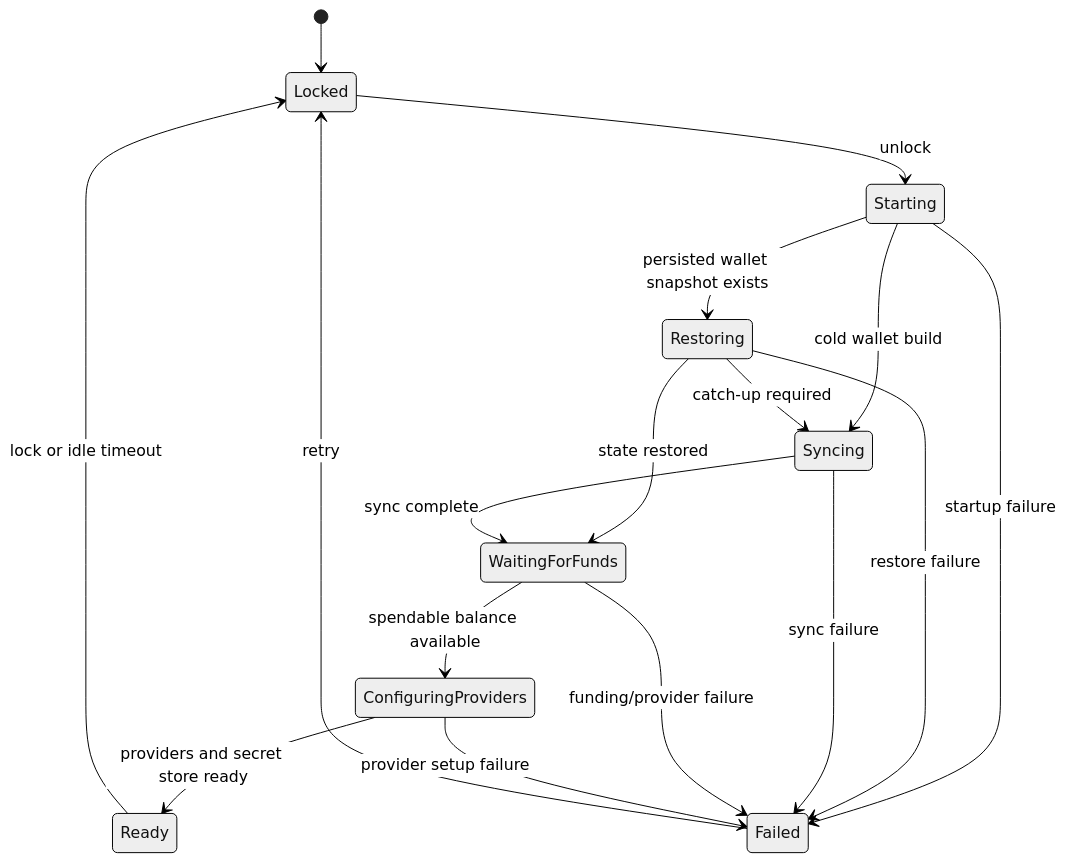
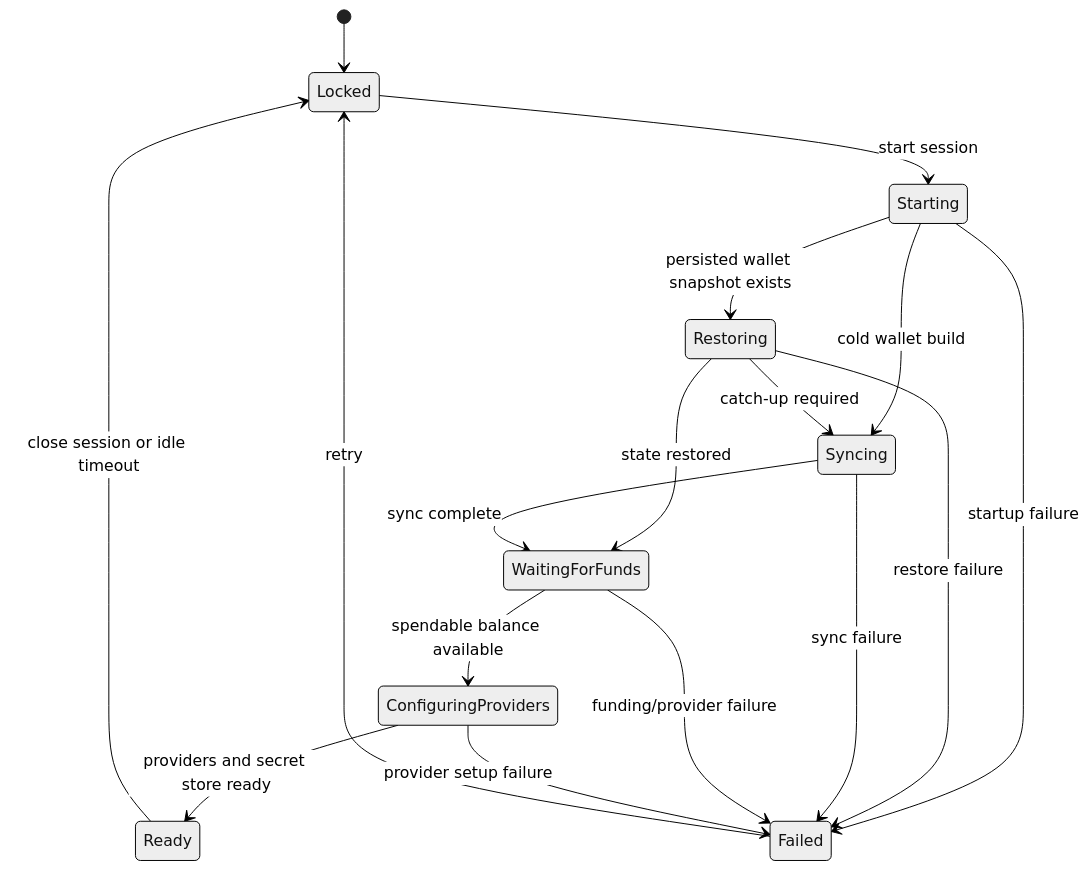
The fourth of 8 diagrams in docs-site/architecture/did-manager-service.md (midnightntwrk/midnight-did), drawn with Mermaid (neutral theme) before and after one commit. The commit also changed other lines of this file and 20 other files, not shown here.

First line of the commit message:
feat(manager): adopt start/close session model and harden runtime

````diff
--- a/docs-site/architecture/did-manager-service.md
+++ b/docs-site/architecture/did-manager-service.md
@@ -138,19 +138,19 @@
 ```mermaid
 stateDiagram-v2
     [*] --> Locked
-    Locked --> Starting: unlock
+    Locked --> Starting: start session
     Starting --> Restoring: persisted wallet snapshot exists
     Starting --> Syncing: cold wallet build
     Restoring --> Syncing: catch-up required
     Restoring --> WaitingForFunds: state restored
     Syncing --> WaitingForFunds: sync complete
     WaitingForFunds --> ConfiguringProviders: spendable balance available
     ConfiguringProviders --> Ready: providers and secret store ready
     Starting --> Failed: startup failure
     Restoring --> Failed: restore failure
     Syncing --> Failed: sync failure
     WaitingForFunds --> Failed: funding/provider failure
     ConfiguringProviders --> Failed: provider setup failure
-    Ready --> Locked: lock or idle timeout
+    Ready --> Locked: close session or idle timeout
     Failed --> Locked: retry
 ```
````
